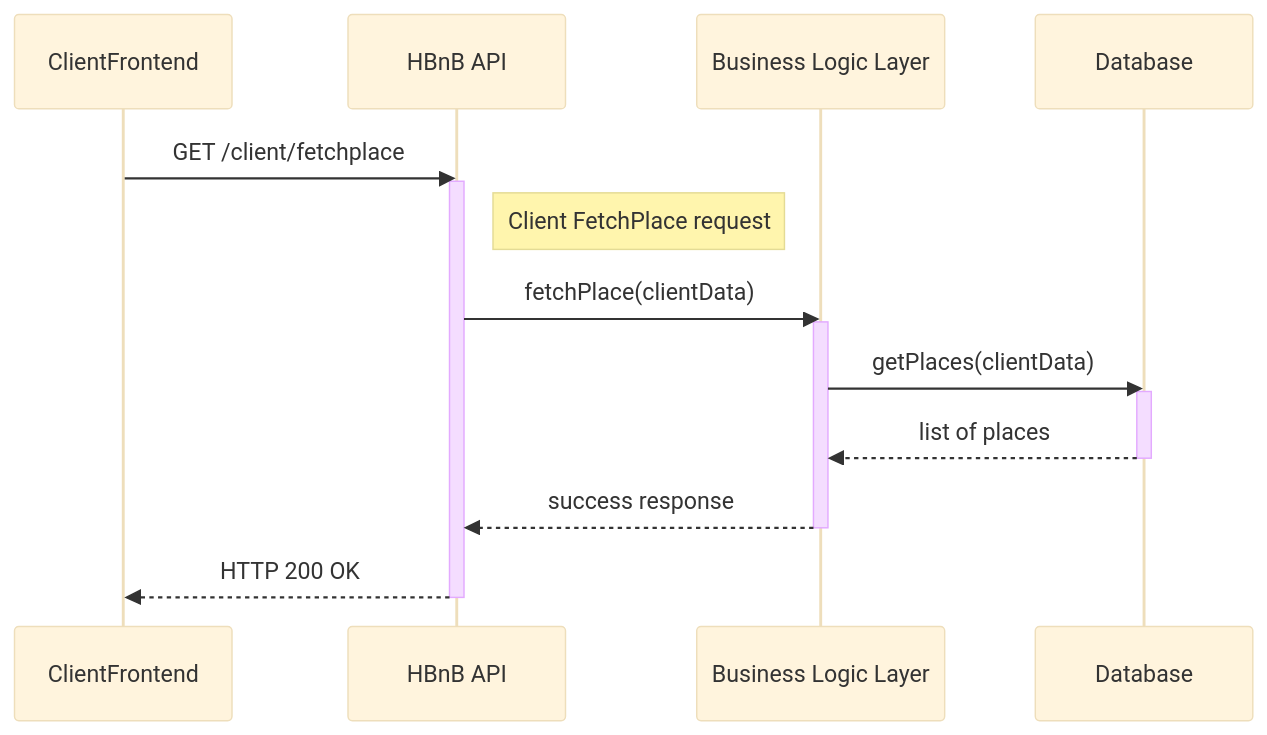
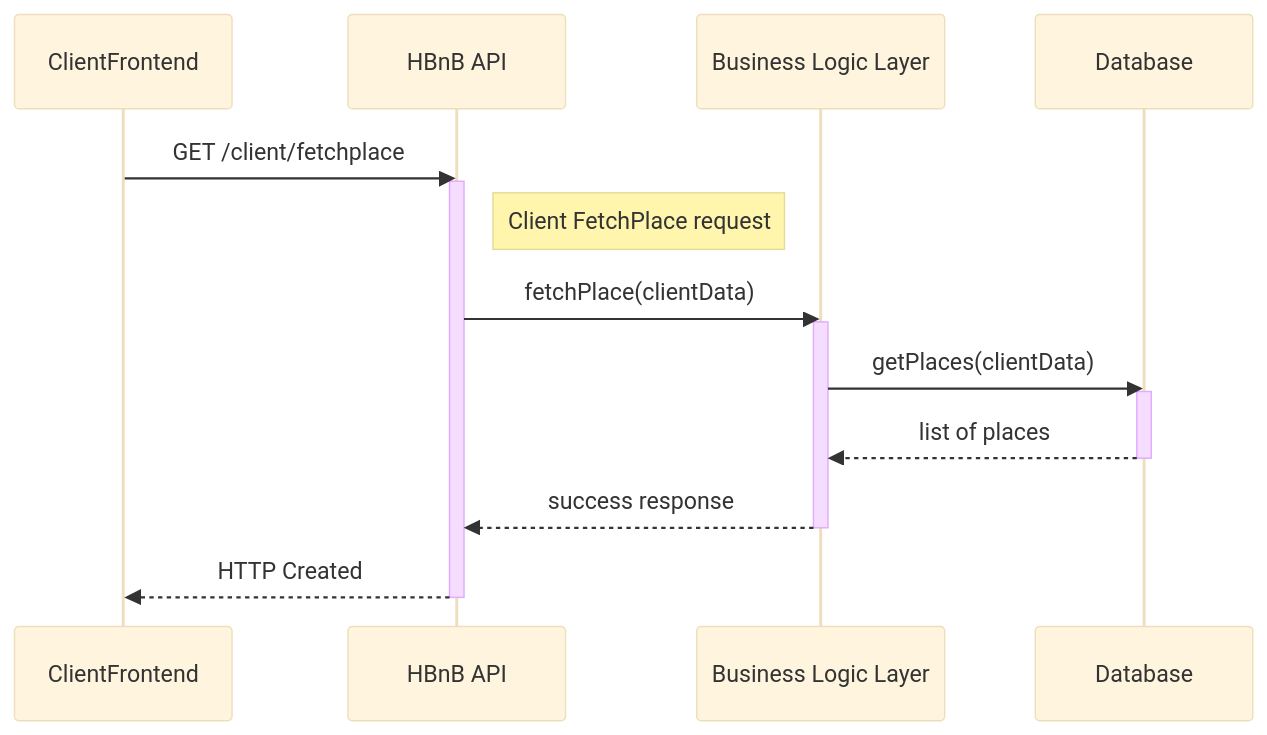
The sixth of 6 diagrams in part1/HBnB_Description_Notes.md (Mathieu7483/holbertonschool-hbnb), drawn with Mermaid (base theme) before and after one commit.

Commit message:
fix the return

````diff
--- a/part1/HBnB_Description_Notes.md
+++ b/part1/HBnB_Description_Notes.md
@@ -411,26 +411,26 @@
 ```mermaid
 sequenceDiagram
     participant Client as ClientFrontend
     participant API as HBnB API
     participant BL as Business Logic Layer
     participant DB as Database
 
     Client->>API: GET /client/fetchplace
     activate API
     Note right of API: Client FetchPlace request
 
     API->>BL: fetchPlace(clientData)
     activate BL
 
     BL->>DB: getPlaces(clientData)
     activate DB
 
     DB-->>BL: list of places
     deactivate DB
 
     BL-->>API: success response
     deactivate BL
 
-    API-->>Client: HTTP 200 OK
+    API-->>Client: HTTP Created
     deactivate API
 ```
````
